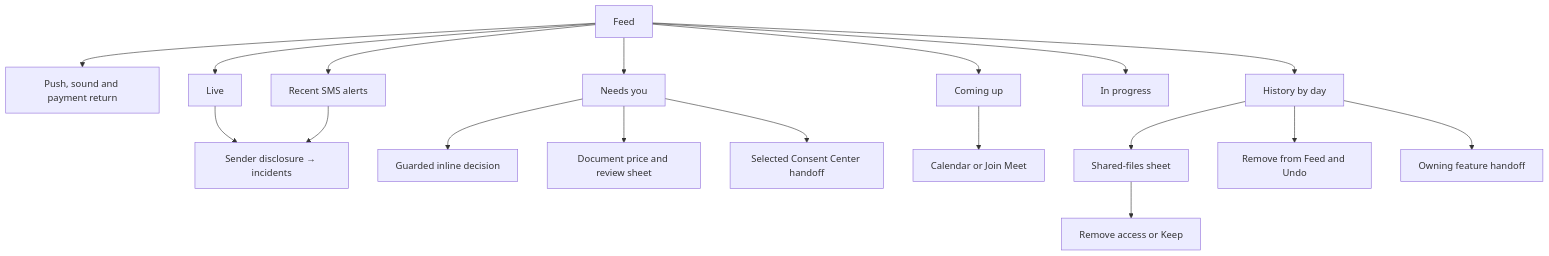
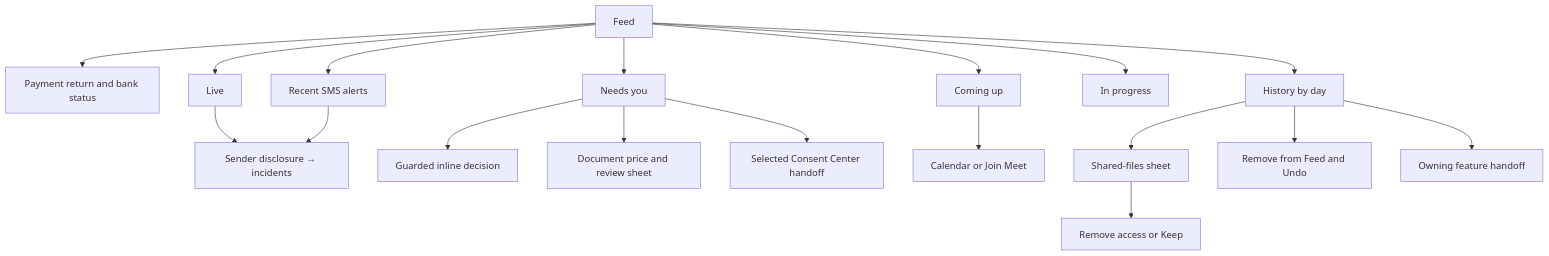
The diagram in hushh-webapp/docs/ui-contracts/feed.md (hushh-labs/hushh-research), drawn with Mermaid before and after one commit. The commit also changed other lines of this file, not shown here.

Commit message:
Document cleaner Feed top without alert and sound controls

````diff
--- a/hushh-webapp/docs/ui-contracts/feed.md
+++ b/hushh-webapp/docs/ui-contracts/feed.md
@@ -13,20 +13,20 @@
 ```mermaid
 flowchart TD
-  feed["Feed"] --> prompts["Push, sound and payment return"]
+  feed["Feed"] --> prompts["Payment return and bank status"]
   feed --> live["Live"]
   feed --> needs["Needs you"]
   feed --> recentSms["Recent SMS alerts"]
   live --> sms["Sender disclosure → incidents"]
   recentSms --> sms
   feed --> upcoming["Coming up"]
   feed --> progress["In progress"]
   feed --> history["History by day"]
   needs --> inline["Guarded inline decision"]
   needs --> price["Document price and review sheet"]
   needs --> consent["Selected Consent Center handoff"]
   upcoming --> calendar["Calendar or Join Meet"]
   history --> files["Shared-files sheet"]
   files --> removal["Remove access or Keep"]
   history --> dismiss["Remove from Feed and Undo"]
   history --> routes["Owning feature handoff"]
 ```
````
